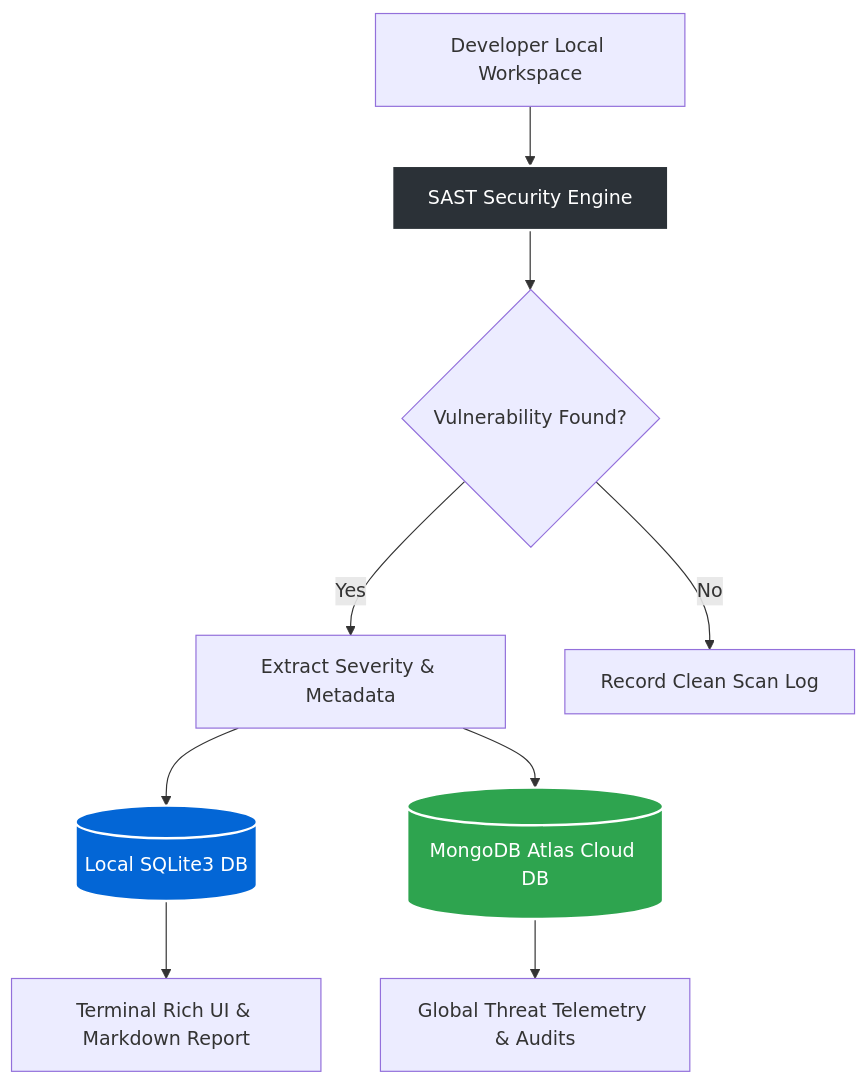
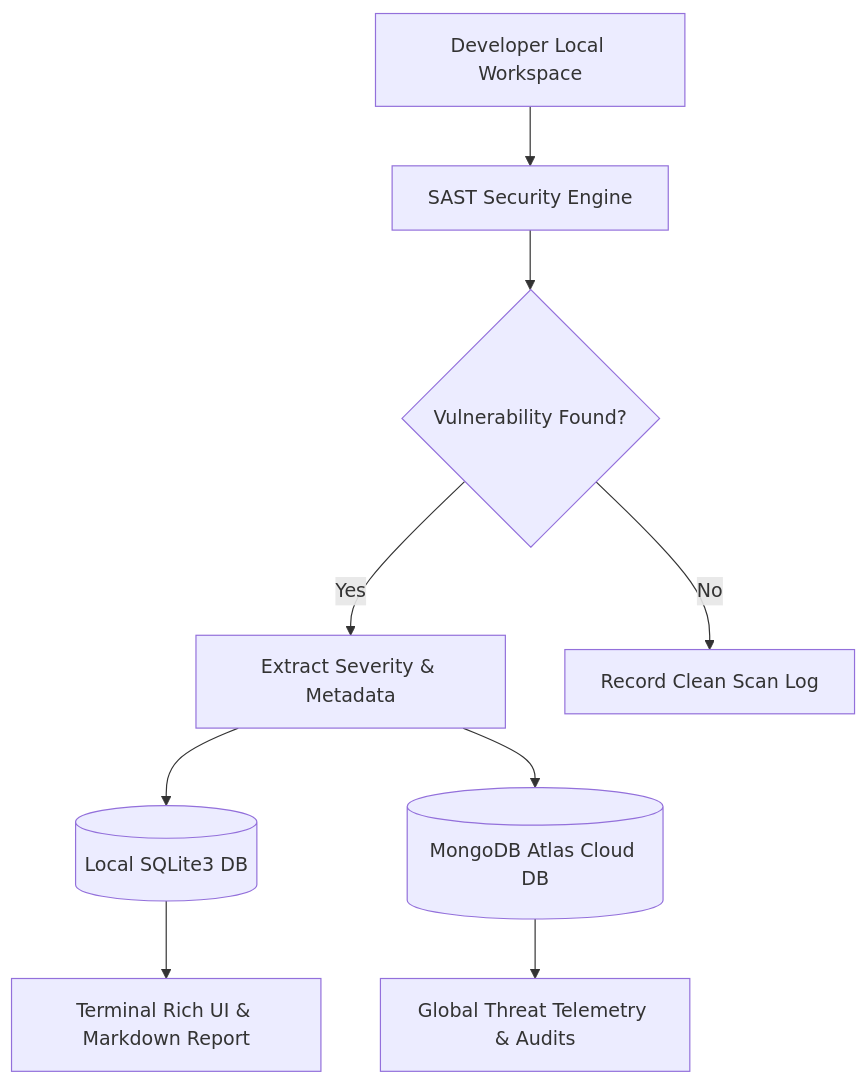
The diagram in README.md (rajeshgurindapalli15-crypto/sast-security-analyzer), drawn with Mermaid before and after one commit.

````diff
--- a/README.md
+++ b/README.md
@@ -15,15 +15,11 @@
 ```mermaid
 graph TD
     A["Developer Local Workspace"] --> B["SAST Security Engine"]
     B --> C{"Vulnerability Found?"}
     C -->|Yes| D["Extract Severity & Metadata"]
     C -->|No| E["Record Clean Scan Log"]
     D --> F[("Local SQLite3 DB")]
     D --> G[("MongoDB Atlas Cloud DB")]
     F --> H["Terminal Rich UI & Markdown Report"]
     G --> I["Global Threat Telemetry & Audits"]
-    style B fill:#2b3137,stroke:#fff,stroke-width:2px,color:#fff
-    style F fill:#0366d6,stroke:#fff,stroke-width:2px,color:#fff
-    style G fill:#2ea44f,stroke:#fff,stroke-width:2px,color:#fff
-
 ```
````
